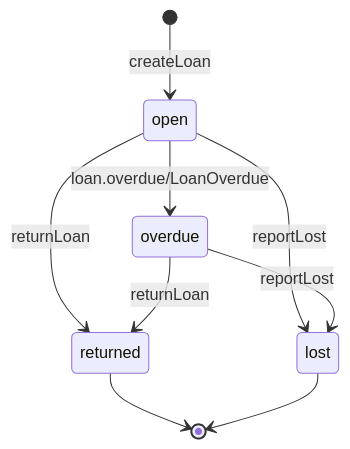
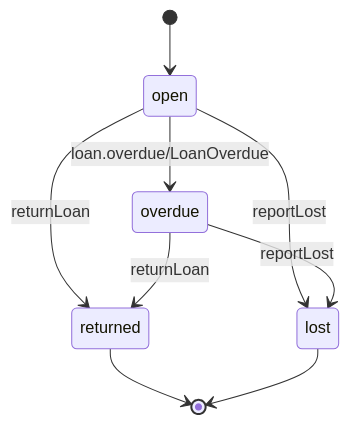
The third of 4 diagrams in examples/library-lending/library-lending.specarch-design.md (SpecArch/specarch), drawn with Mermaid before and after one commit. The commit also changed other lines of this file and 79 other files, not shown here.

````diff
--- a/examples/library-lending/library-lending.specarch-design.md
+++ b/examples/library-lending/library-lending.specarch-design.md
@@ -88,11 +89,11 @@
 ```mermaid
 stateDiagram-v2
-  [*] --> open : createLoan
+  [*] --> open
   open --> overdue : loan.overdue/LoanOverdue
   open --> returned : returnLoan
   overdue --> returned : returnLoan
   open --> lost : reportLost
   overdue --> lost : reportLost
   returned --> [*]
   lost --> [*]
 ```
````
